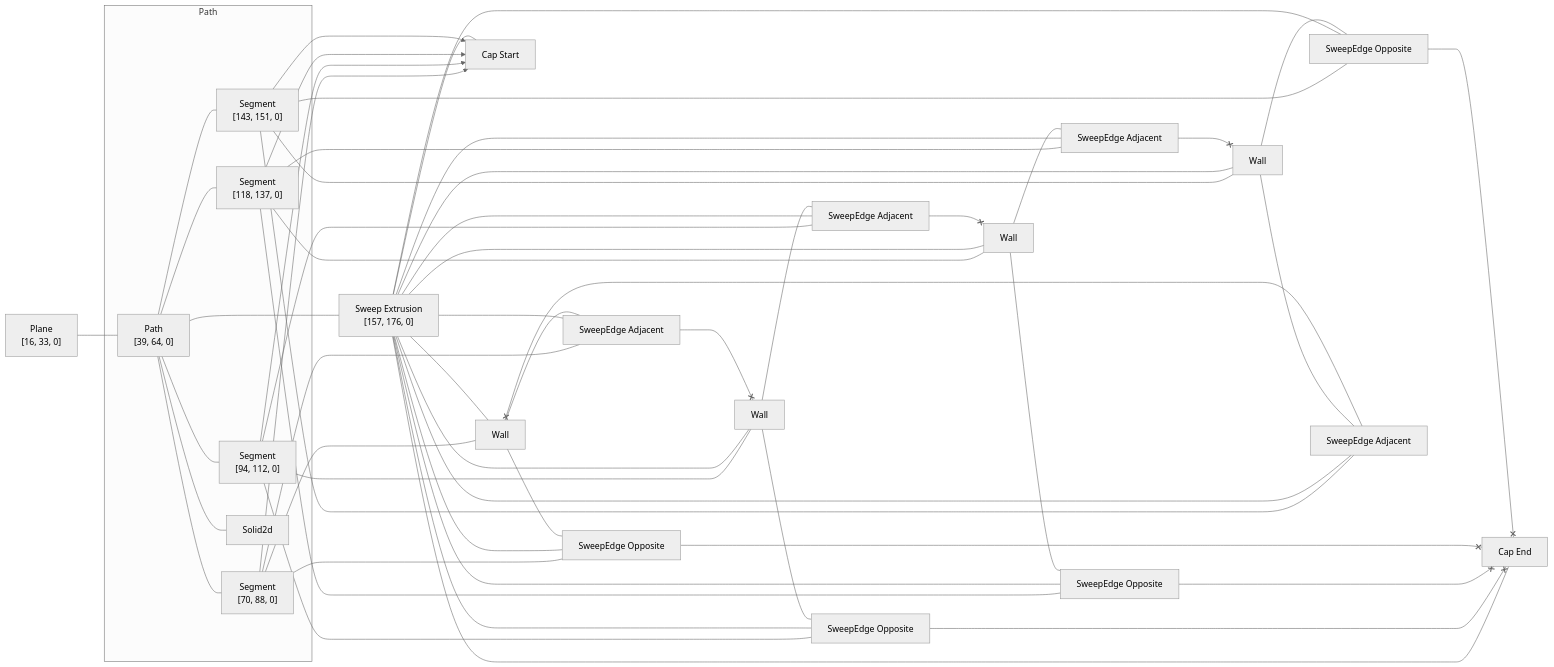
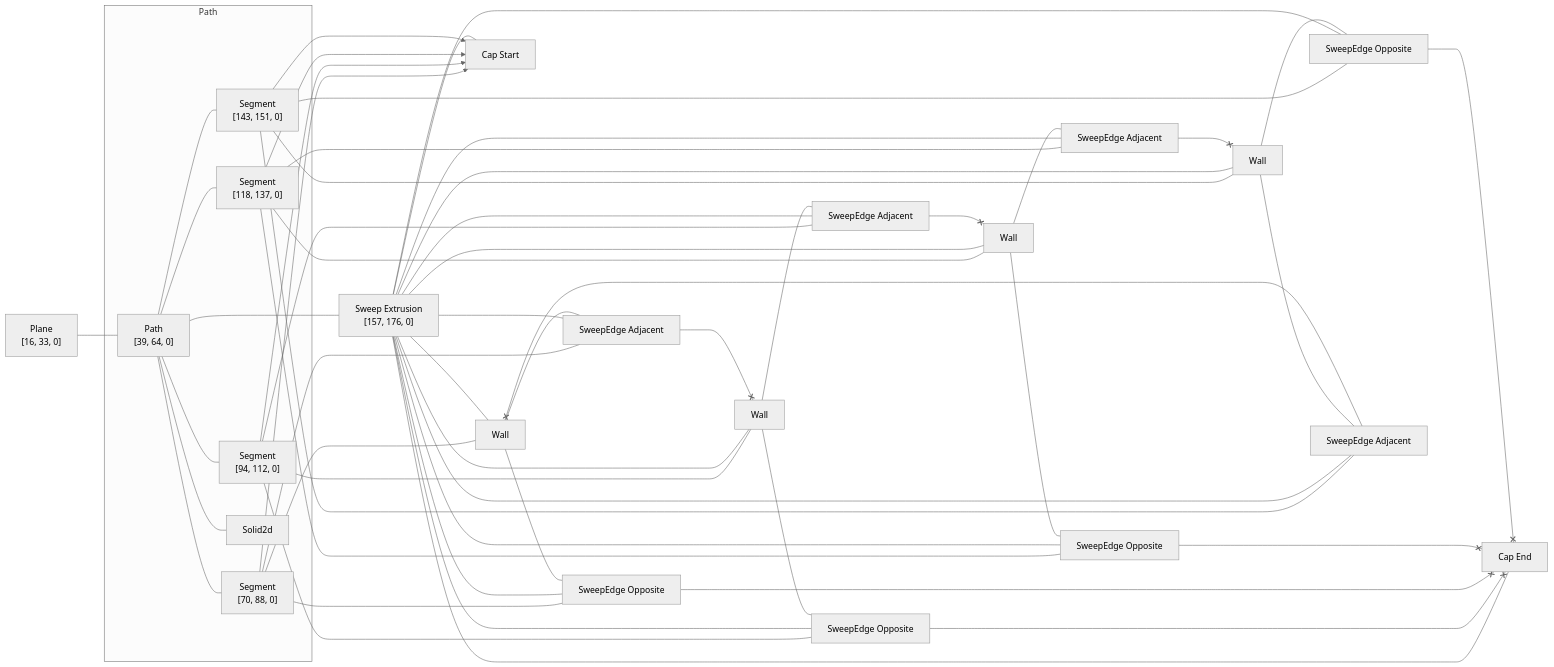
The diagram in rust/kcl-lib/tests/circular_pattern3d_a_pattern/artifact_graph_flowchart.snap.md (rajgandhi1/modeling-app), drawn with Mermaid (neutral theme) before and after one commit. The commit also changed 110 other files, not shown here.

````diff
--- a/rust/kcl-lib/tests/circular_pattern3d_a_pattern/artifact_graph_flowchart.snap.md
+++ b/rust/kcl-lib/tests/circular_pattern3d_a_pattern/artifact_graph_flowchart.snap.md
@@ -1,80 +1,80 @@
 ```mermaid
 flowchart LR
   subgraph path2 [Path]
     2["Path<br>[39, 64, 0]"]
     3["Segment<br>[70, 88, 0]"]
     4["Segment<br>[94, 112, 0]"]
     5["Segment<br>[118, 137, 0]"]
     6["Segment<br>[143, 151, 0]"]
     7[Solid2d]
   end
   1["Plane<br>[16, 33, 0]"]
   8["Sweep Extrusion<br>[157, 176, 0]"]
   9[Wall]
   10[Wall]
   11[Wall]
   12[Wall]
   13["Cap Start"]
   14["Cap End"]
   15["SweepEdge Opposite"]
   16["SweepEdge Opposite"]
   17["SweepEdge Opposite"]
   18["SweepEdge Opposite"]
   19["SweepEdge Adjacent"]
   20["SweepEdge Adjacent"]
   21["SweepEdge Adjacent"]
   22["SweepEdge Adjacent"]
   1 --- 2
   2 --- 3
   2 --- 4
   2 --- 5
   2 --- 6
   2 --- 7
   2 ---- 8
   3 --- 12
   3 x--> 13
-  3 --- 17
-  3 --- 21
+  3 --- 16
+  3 --- 19
   4 --- 10
   4 x--> 13
   4 --- 15
-  4 --- 19
+  4 --- 22
   5 --- 9
   5 x--> 13
-  5 --- 16
-  5 --- 22
+  5 --- 17
+  5 --- 21
   6 --- 11
   6 x--> 13
   6 --- 18
   6 --- 20
   8 --- 9
   8 --- 10
   8 --- 11
   8 --- 12
   8 --- 13
   8 --- 14
   8 --- 15
   8 --- 16
   8 --- 17
   8 --- 18
   8 --- 19
   8 --- 20
   8 --- 21
   8 --- 22
-  9 --- 16
-  19 <--x 9
-  9 --- 22
+  9 --- 17
+  9 --- 21
+  22 <--x 9
   10 --- 15
-  10 --- 19
-  21 <--x 10
+  19 <--x 10
+  10 --- 22
   11 --- 18
   11 --- 20
-  22 <--x 11
-  12 --- 17
+  21 <--x 11
+  12 --- 16
+  12 --- 19
   20 <--x 12
-  12 --- 21
   15 <--x 14
   16 <--x 14
   17 <--x 14
   18 <--x 14
 ```
````
